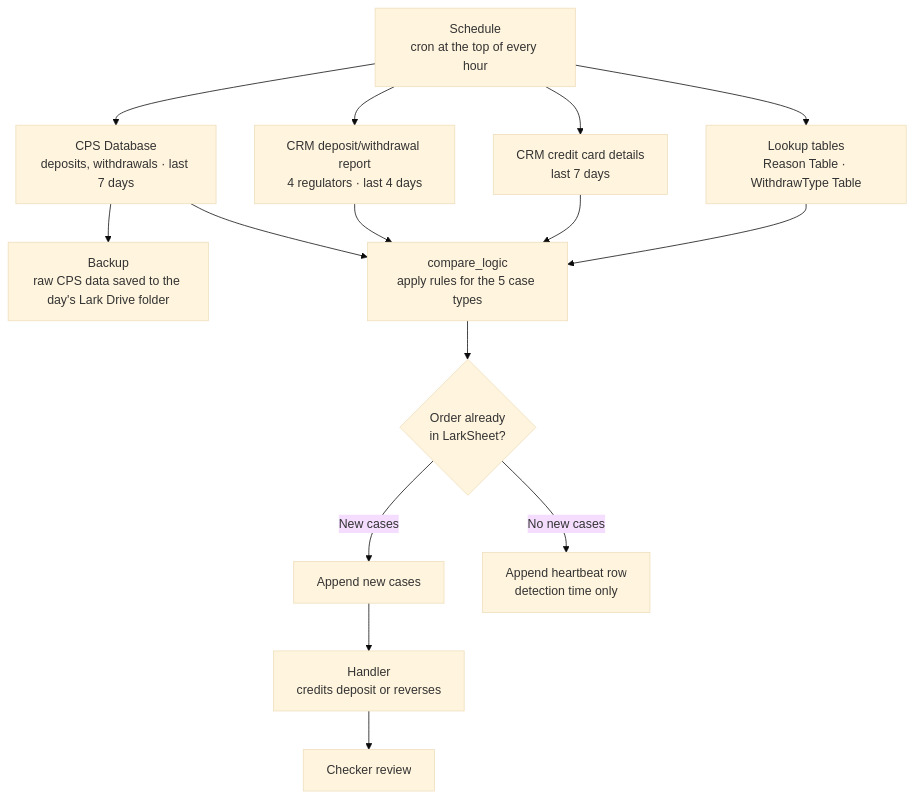
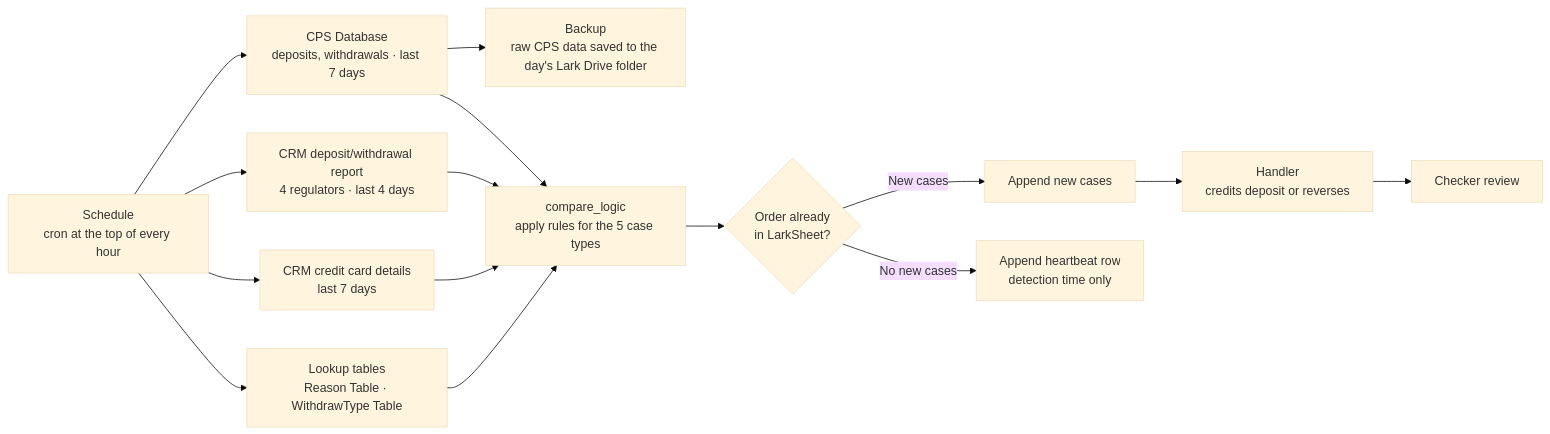
One commit to 01080710/01080710.github.io changed the diagram in src/content/projects-en/drop-order-monitor.md. Above: the diagram before and after it, drawn with Mermaid (base theme). The commit also changed other lines of this file and 20 other files, not shown here.

````diff
--- a/src/content/projects-en/drop-order-monitor.md
+++ b/src/content/projects-en/drop-order-monitor.md
@@ -195,17 +221,17 @@
 ```mermaid
-flowchart TB
+flowchart LR
     SCH["Schedule<br/>cron at the top of every hour"] --> CPS["CPS Database<br/>deposits, withdrawals · last 7 days"]
     SCH --> CRM["CRM deposit/withdrawal report<br/>4 regulators · last 4 days"]
     SCH --> CC["CRM credit card details<br/>last 7 days"]
     SCH --> REF["Lookup tables<br/>Reason Table · WithdrawType Table"]
     CPS --> BK["Backup<br/>raw CPS data saved to the day's Lark Drive folder"]
     CPS --> CMP["compare_logic<br/>apply rules for the 5 case types"]
     CRM --> CMP
     CC --> CMP
     REF --> CMP
     CMP --> CHK{"Order already<br/>in LarkSheet?"}
     CHK -->|"New cases"| AP["Append new cases"]
     CHK -->|"No new cases"| HB["Append heartbeat row<br/>detection time only"]
     AP --> OPS["Handler<br/>credits deposit or reverses"]
     OPS --> REV["Checker review"]
 ```
````
